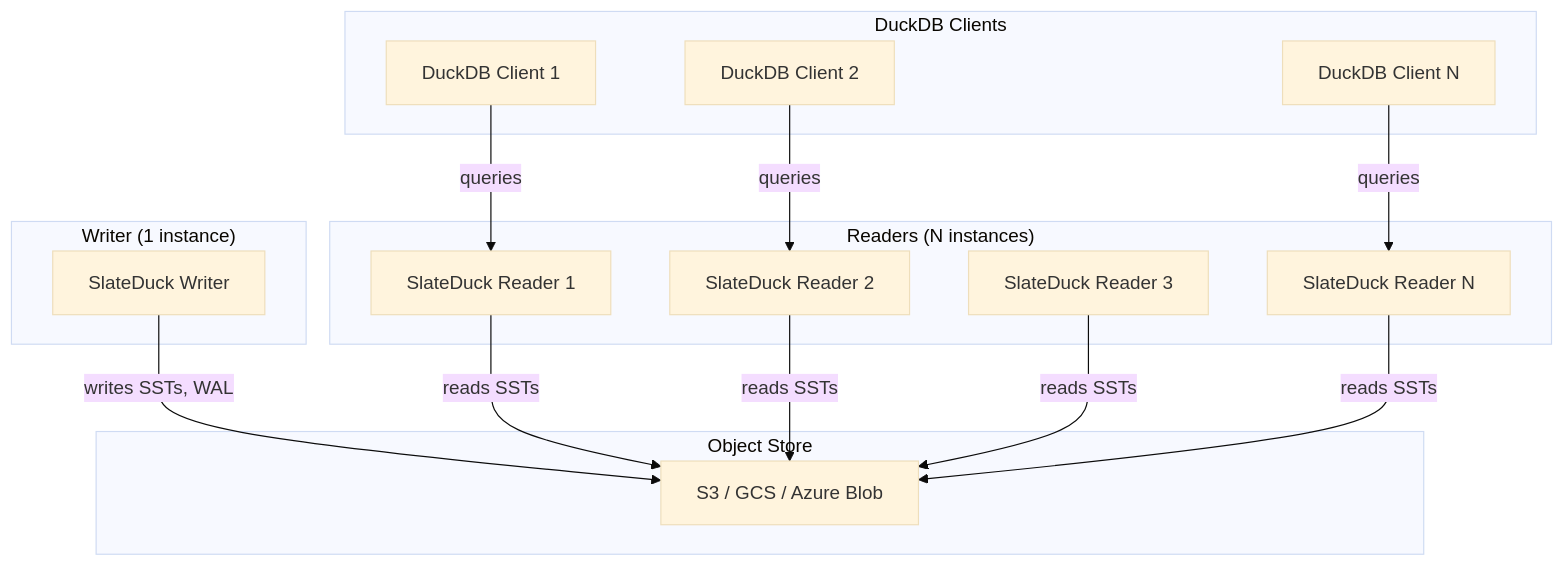
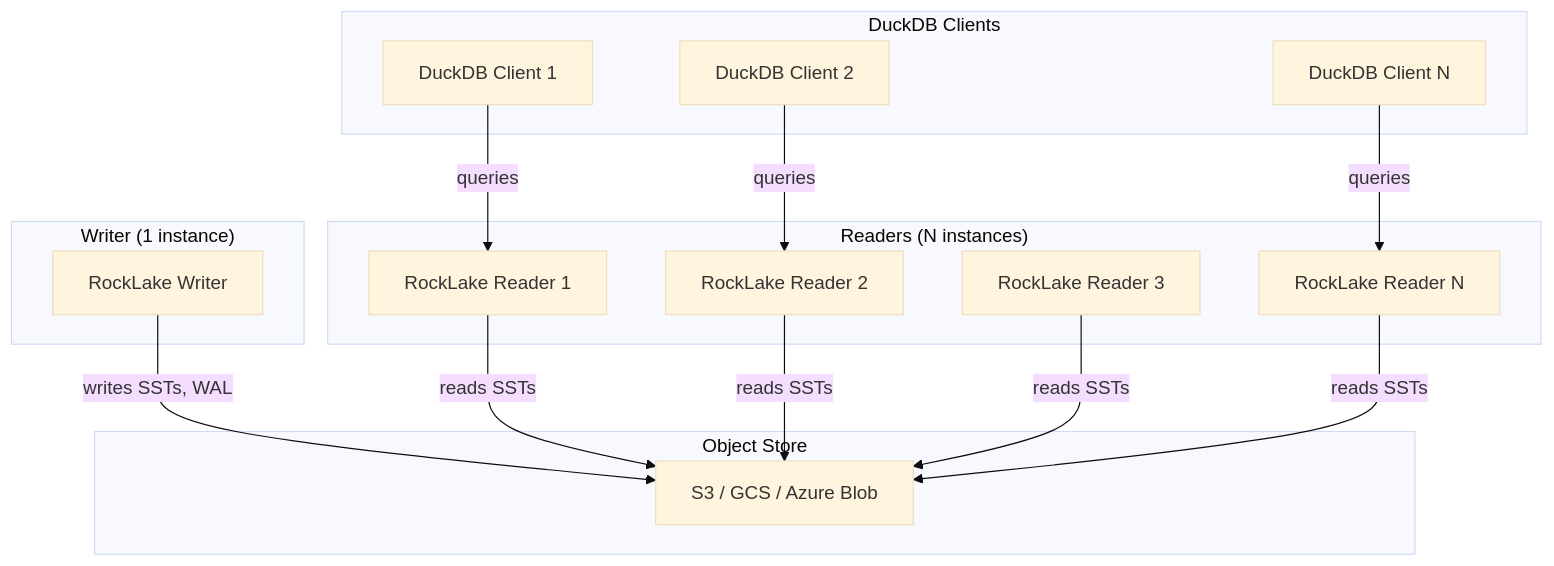
The diagram in docs/concepts/single-writer-many-readers.md (trickle-labs/rocklake), drawn with Mermaid (base theme) before and after one commit. The commit also changed other lines of this file and 398 other files, not shown here.

First line of the commit message:
rename: SlateDuck -> RockLake across entire codebase (#48)

````diff
--- a/docs/concepts/single-writer-many-readers.md
+++ b/docs/concepts/single-writer-many-readers.md
@@ -58,28 +58,28 @@
 ```mermaid
 graph TB
     subgraph "Writer (1 instance)"
-        W[SlateDuck Writer]
+        W[RockLake Writer]
     end
     subgraph "Readers (N instances)"
-        R1[SlateDuck Reader 1]
-        R2[SlateDuck Reader 2]
-        R3[SlateDuck Reader 3]
-        RN[SlateDuck Reader N]
+        R1[RockLake Reader 1]
+        R2[RockLake Reader 2]
+        R3[RockLake Reader 3]
+        RN[RockLake Reader N]
     end
     subgraph "Object Store"
         S3[S3 / GCS / Azure Blob]
     end
     subgraph "DuckDB Clients"
         C1[DuckDB Client 1]
         C2[DuckDB Client 2]
         CN[DuckDB Client N]
     end
     W -->|writes SSTs, WAL| S3
     R1 -->|reads SSTs| S3
     R2 -->|reads SSTs| S3
     R3 -->|reads SSTs| S3
     RN -->|reads SSTs| S3
     C1 -->|queries| R1
     C2 -->|queries| R2
     CN -->|queries| RN
 ```
````
